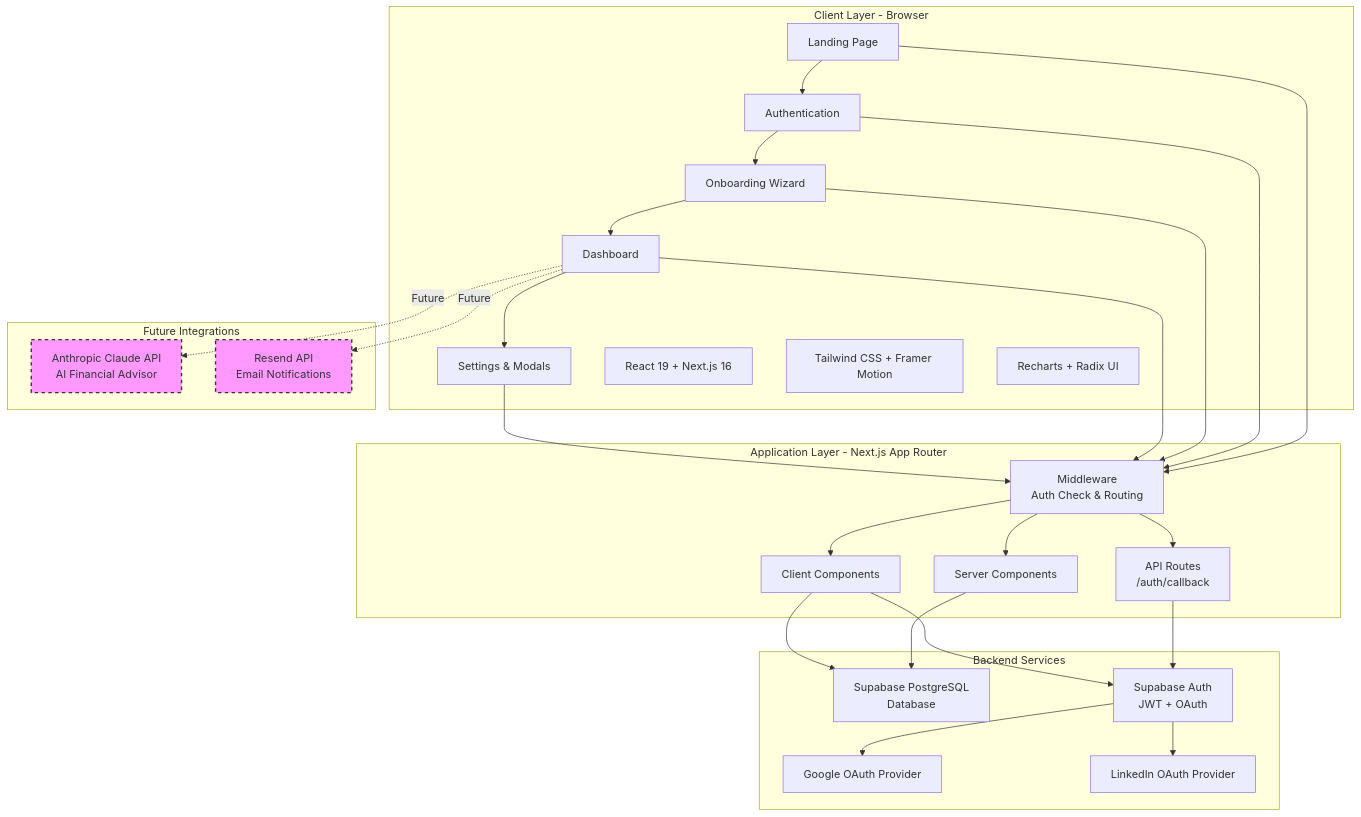
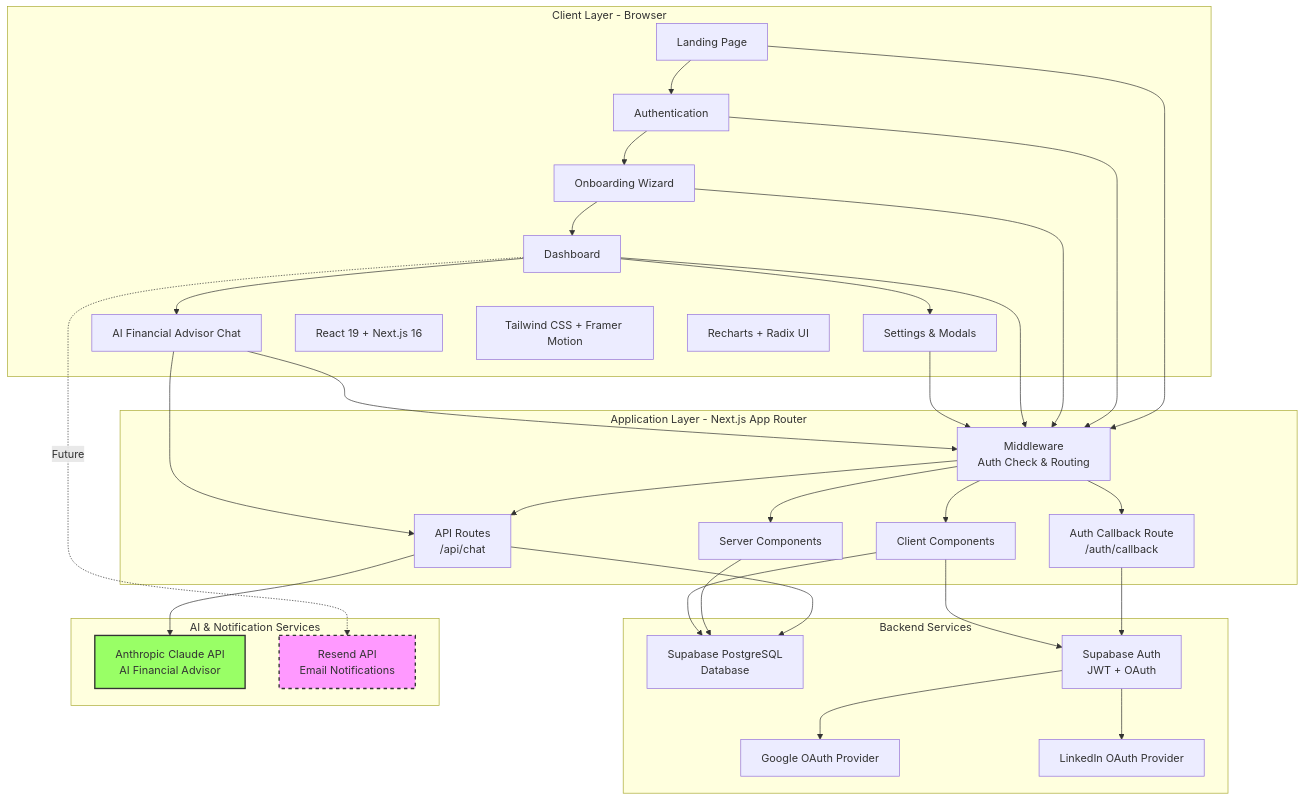
One commit to sjtinkerer-stack/firecfo-mvp changed the first of 11 diagrams in docs/system-architecture-diagram.md. Above: the diagram before and after it, drawn with Mermaid. The commit also changed other lines of this file, not shown here.

First line of the commit message:
Update architecture diagram to include AI Chat feature (v2.0)

````diff
--- a/docs/system-architecture-diagram.md
+++ b/docs/system-architecture-diagram.md
@@ -5,56 +5,62 @@
 ```mermaid
 graph TB
     subgraph "Client Layer - Browser"
         A[Landing Page] --> B[Authentication]
         B --> C[Onboarding Wizard]
         C --> D[Dashboard]
         D --> E[Settings & Modals]
+        D --> F[AI Financial Advisor Chat]
 
-        F[React 19 + Next.js 16]
-        G[Tailwind CSS + Framer Motion]
-        H[Recharts + Radix UI]
+        G[React 19 + Next.js 16]
+        H[Tailwind CSS + Framer Motion]
+        I[Recharts + Radix UI]
     end
 
     subgraph "Application Layer - Next.js App Router"
-        I[Middleware<br/>Auth Check & Routing]
-        J[API Routes<br/>/auth/callback]
-        K[Server Components]
-        L[Client Components]
+        J[Middleware<br/>Auth Check & Routing]
+        K[API Routes<br/>/api/chat]
+        L[Auth Callback Route<br/>/auth/callback]
+        M[Server Components]
+        N[Client Components]
     end
 
     subgraph "Backend Services"
-        M[Supabase PostgreSQL<br/>Database]
-        N[Supabase Auth<br/>JWT + OAuth]
-        O[Google OAuth Provider]
-        P[LinkedIn OAuth Provider]
+        O[Supabase PostgreSQL<br/>Database]
+        P[Supabase Auth<br/>JWT + OAuth]
+        Q[Google OAuth Provider]
+        R[LinkedIn OAuth Provider]
     end
 
-    subgraph "Future Integrations"
-        Q[Anthropic Claude API<br/>AI Financial Advisor]
-        R[Resend API<br/>Email Notifications]
+    subgraph "AI & Notification Services"
+        S[Anthropic Claude API<br/>AI Financial Advisor]
+        T[Resend API<br/>Email Notifications]
     end
 
-    A --> I
-    B --> I
-    C --> I
-    D --> I
-    E --> I
+    A --> J
+    B --> J
+    C --> J
+    D --> J
+    E --> J
+    F --> J
 
-    I --> J
-    I --> K
-    I --> L
+    J --> K
+    J --> L
+    J --> M
+    J --> N
 
-    J --> N
-    K --> M
-    L --> M
-    L --> N
-
+    K --> S
+    K --> O
+    L --> P
+    M --> O
     N --> O
     N --> P
 
-    D -.Future.-> Q
-    D -.Future.-> R
+    P --> Q
+    P --> R
 
-    style Q fill:#f9f,stroke:#333,stroke-width:2px,stroke-dasharray: 5 5
-    style R fill:#f9f,stroke:#333,stroke-width:2px,stroke-dasharray: 5 5
+    F --> K
+    D -.Future.-> T
+
+    style S fill:#9f6,stroke:#333,stroke-width:2px
+    style T fill:#f9f,stroke:#333,stroke-width:2px,stroke-dasharray: 5 5
 ```
````
